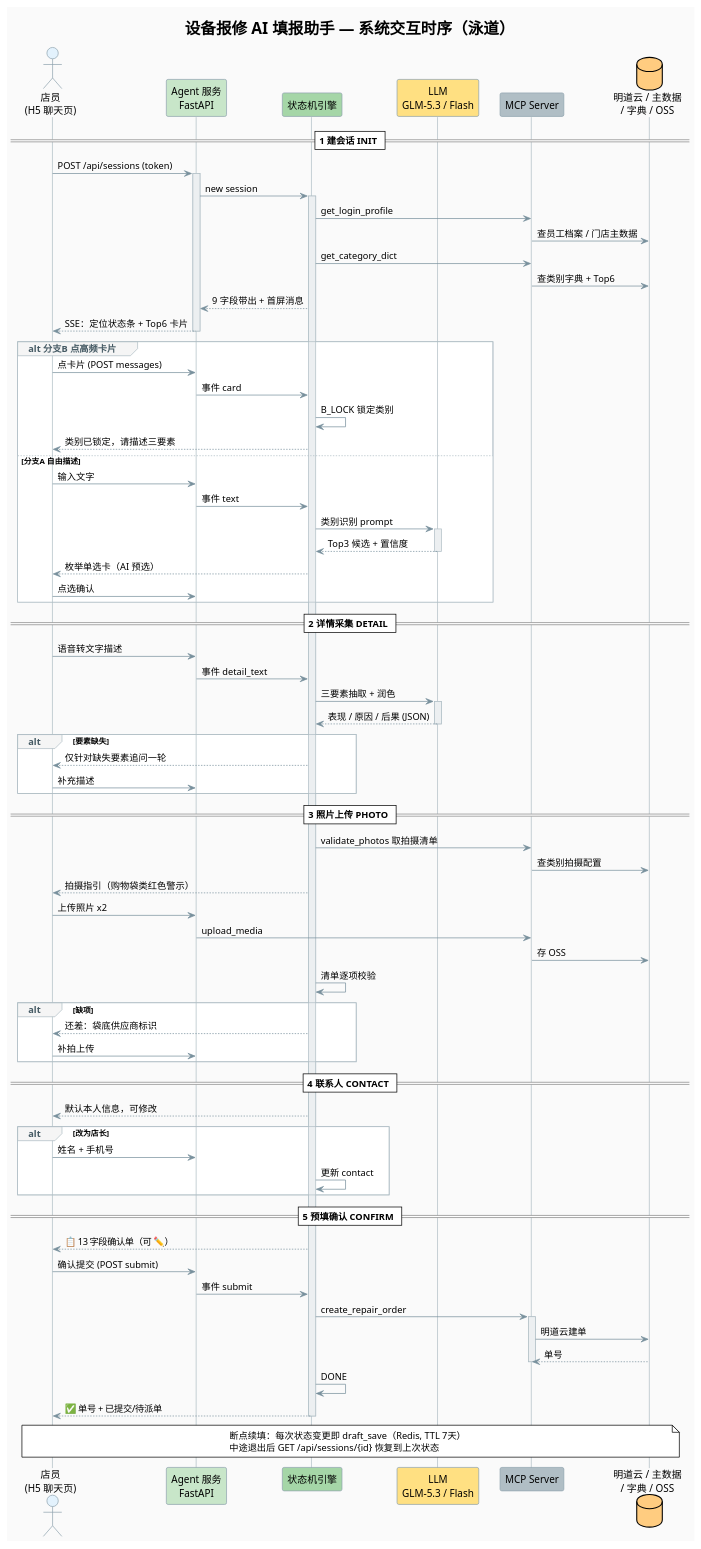
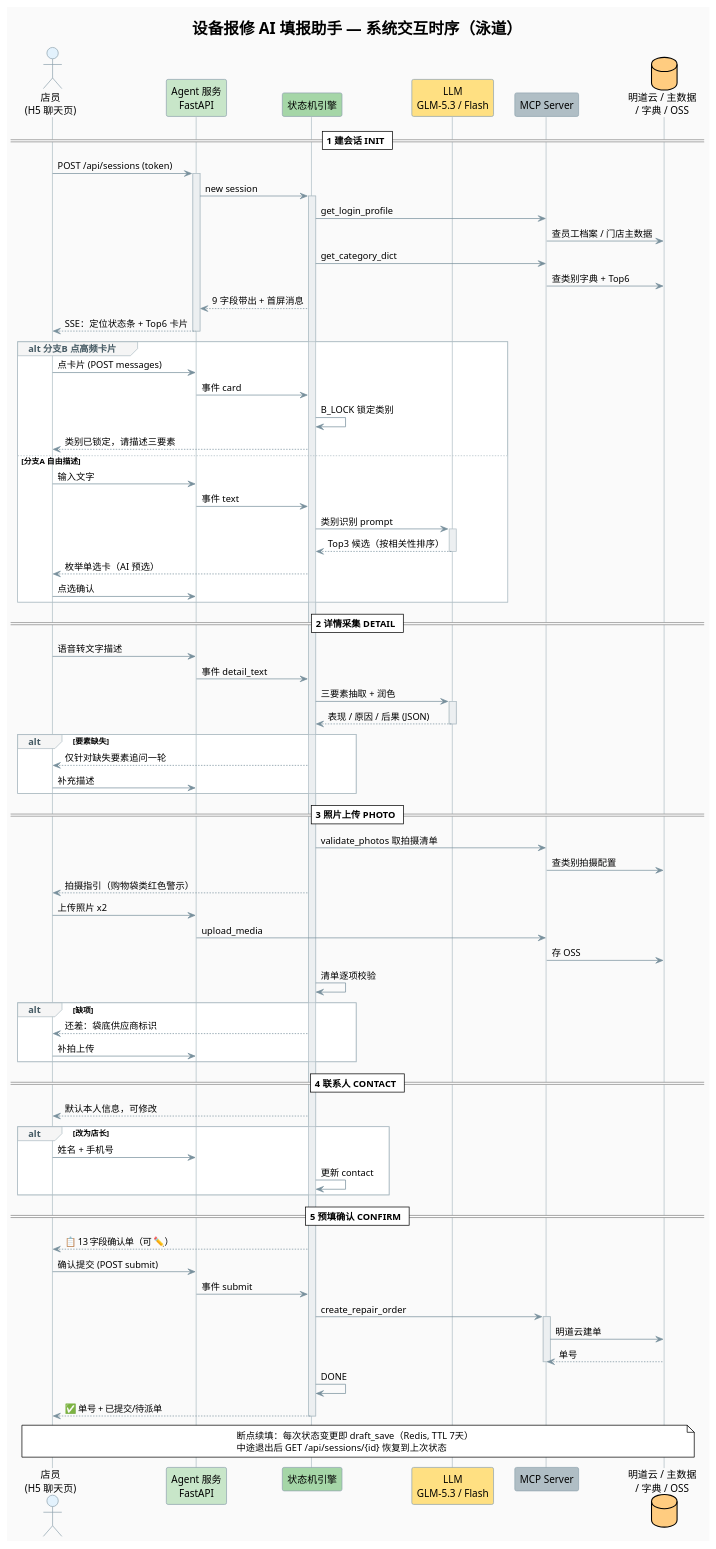
The diagram in src/main/hotmaxx/需求点/输入优化/diagrams/03-系统交互泳道图.puml (bai876939716/my_doc), drawn with PlantUML before and after one commit. The commit also changed 10 other files, not shown here.

```diff
--- a/src/main/hotmaxx/需求点/输入优化/diagrams/03-系统交互泳道图.puml
+++ b/src/main/hotmaxx/需求点/输入优化/diagrams/03-系统交互泳道图.puml
@@ -1,104 +1,104 @@
 @startuml 设备报修AI填报-系统交互泳道图
 !theme plain
 skinparam backgroundColor #FAFAFA
 skinparam defaultFontName "PingFang SC,Microsoft YaHei,Arial"
 skinparam sequence {
   ArrowColor #78909C
   LifeLineBorderColor #B0BEC5
   LifeLineBackgroundColor #ECEFF1
   ParticipantBackgroundColor #ECEFF1
   ParticipantBorderColor #90A4AE
   ActorBackgroundColor #E3F2FD
   ActorBorderColor #90A4AE
   GroupBackgroundColor #F5F5F5
   GroupBorderColor #B0BEC5
   GroupHeaderFontColor #455A64
 }
 title 设备报修 AI 填报助手 — 系统交互时序（泳道）
 
 actor "店员\n(H5 聊天页)" as U #E3F2FD
 participant "Agent 服务\nFastAPI" as AG #C8E6C9
 participant "状态机引擎" as SM #A5D6A7
 participant "LLM\nGLM-5.3 / Flash" as LLM #FFE082
 participant "MCP Server" as MCP #B0BEC5
 database "明道云 / 主数据\n/ 字典 / OSS" as BACK #FFCC80
 
 == 1 建会话 INIT ==
 U -> AG : POST /api/sessions (token)
 activate AG
 AG -> SM : new session
 activate SM
 SM -> MCP : get_login_profile
 MCP -> BACK : 查员工档案 / 门店主数据
 SM -> MCP : get_category_dict
 MCP -> BACK : 查类别字典 + Top6
 SM --> AG : 9 字段带出 + 首屏消息
 AG --> U : SSE：定位状态条 + Top6 卡片
 deactivate AG
 
 group alt 分支B 点高频卡片
   U -> AG : 点卡片 (POST messages)
   AG -> SM : 事件 card
   SM -> SM : B_LOCK 锁定类别
   SM --> U : 类别已锁定，请描述三要素
 else 分支A 自由描述
   U -> AG : 输入文字
   AG -> SM : 事件 text
   SM -> LLM : 类别识别 prompt
   activate LLM
-  LLM --> SM : Top3 候选 + 置信度
+  LLM --> SM : Top3 候选（按相关性排序）
   deactivate LLM
   SM --> U : 枚举单选卡（AI 预选）
   U -> AG : 点选确认
 end
 
 == 2 详情采集 DETAIL ==
 U -> AG : 语音转文字描述
 AG -> SM : 事件 detail_text
 SM -> LLM : 三要素抽取 + 润色
 activate LLM
 LLM --> SM : 表现 / 原因 / 后果 (JSON)
 deactivate LLM
 alt 要素缺失
   SM --> U : 仅针对缺失要素追问一轮
   U -> AG : 补充描述
 end
 
 == 3 照片上传 PHOTO ==
 SM -> MCP : validate_photos 取拍摄清单
 MCP -> BACK : 查类别拍摄配置
 SM --> U : 拍摄指引（购物袋类红色警示）
 U -> AG : 上传照片 x2
 AG -> MCP : upload_media
 MCP -> BACK : 存 OSS
 SM -> SM : 清单逐项校验
 alt 缺项
   SM --> U : 还差：袋底供应商标识
   U -> AG : 补拍上传
 end
 
 == 4 联系人 CONTACT ==
 SM --> U : 默认本人信息，可修改
 alt 改为店长
   U -> AG : 姓名 + 手机号
   SM -> SM : 更新 contact
 end
 
 == 5 预填确认 CONFIRM ==
 SM --> U : 📋 13 字段确认单（可 ✏️）
 U -> AG : 确认提交 (POST submit)
 AG -> SM : 事件 submit
 SM -> MCP : create_repair_order
 activate MCP
 MCP -> BACK : 明道云建单
 BACK --> MCP : 单号
 deactivate MCP
 SM -> SM : DONE
 SM --> U : ✅ 单号 + 已提交/待派单
 deactivate SM
 
 note over U, BACK
   断点续填：每次状态变更即 draft_save（Redis, TTL 7天）
   中途退出后 GET /api/sessions/{id} 恢复到上次状态
 end note
 @enduml
```
